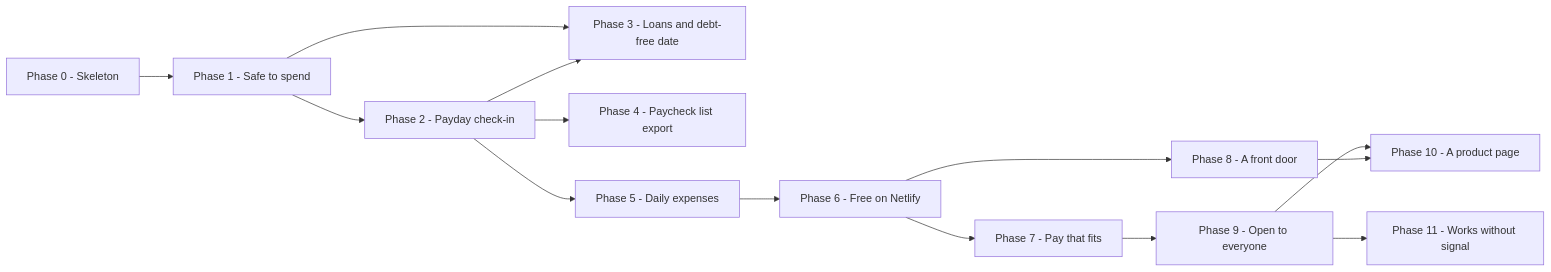
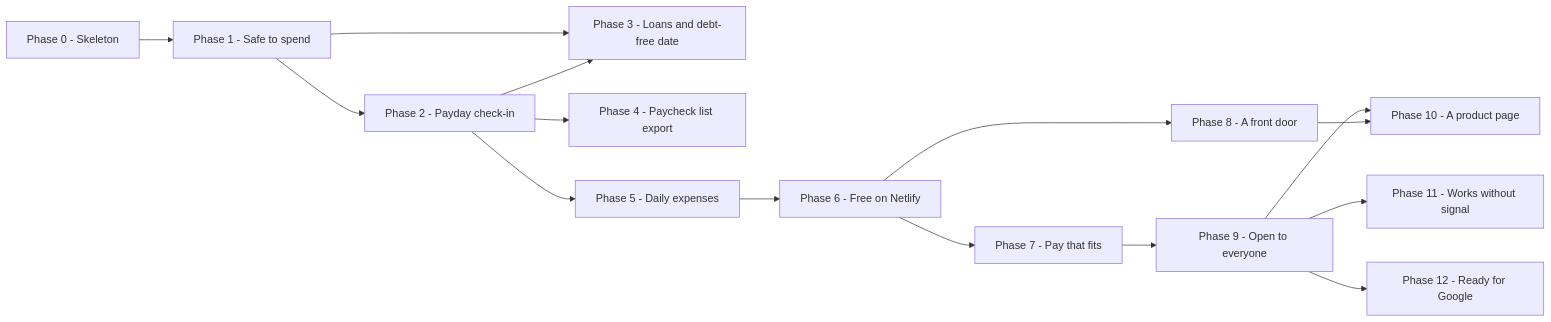
Before and after one commit to jamesm-dev/payday-dev: the diagram in .idea/ROADMAP.md, drawn with Mermaid. The commit also changed other lines of this file and 9 other files, not shown here.

First line of the commit message:
docs(plan): Phase 12, ready for Google: ADR-0028 and the epic Continue With Google

````diff
--- a/.idea/ROADMAP.md
+++ b/.idea/ROADMAP.md
@@ -40,16 +41,17 @@
 ```mermaid
 graph LR
   P0[Phase 0 - Skeleton] --> P1[Phase 1 - Safe to spend]
   P1 --> P2[Phase 2 - Payday check-in]
   P1 --> P3[Phase 3 - Loans and debt-free date]
   P2 --> P3
   P2 --> P4[Phase 4 - Paycheck list export]
   P2 --> P5[Phase 5 - Daily expenses]
   P5 --> P6[Phase 6 - Free on Netlify]
   P6 --> P7[Phase 7 - Pay that fits]
   P6 --> P8[Phase 8 - A front door]
   P7 --> P9[Phase 9 - Open to everyone]
   P9 --> P10[Phase 10 - A product page]
   P8 --> P10
   P9 --> P11[Phase 11 - Works without signal]
+  P9 --> P12[Phase 12 - Ready for Google]
 ```
````
